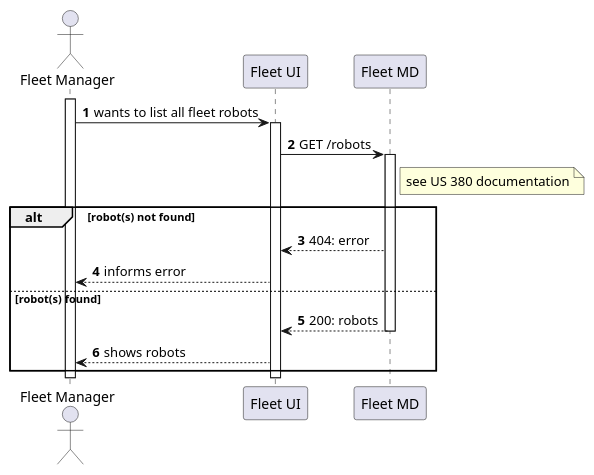
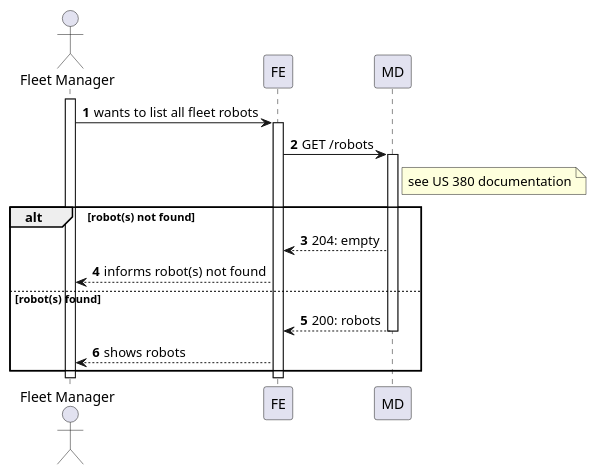
Before and after one commit to Departamento-de-Engenharia-Informatica/lapr5-23-24-g19: the diagram in docs/us1030/level2/process-view.puml, drawn with PlantUML. The commit also changed 6 other files, not shown here.

```diff
--- a/docs/us1030/level2/process-view.puml
+++ b/docs/us1030/level2/process-view.puml
@@ -1,31 +1,31 @@
 @startuml
 autonumber
 
 actor "Fleet Manager" as usr
 
-participant "Fleet UI" as ui
+participant "FE" as ui
 
-'TODO: call it just 'MD'?
-participant "Fleet MD" as md
+
+participant "MD" as md
 
 activate usr
     usr -> ui : wants to list all fleet robots
     activate ui
 
     ui -> md: GET /robots
     activate md
     note right of md : see US 380 documentation
 
     alt robot(s) not found
-        md --> ui : 404: error
-        ui --> usr: informs error
+        md --> ui : 204: empty
+        ui --> usr: informs robot(s) not found
     else robot(s) found
         md --> ui: 200: robots
     deactivate md
         ui --> usr : shows robots
 
         end
     deactivate ui
 deactivate usr
 
 @enduml
```
